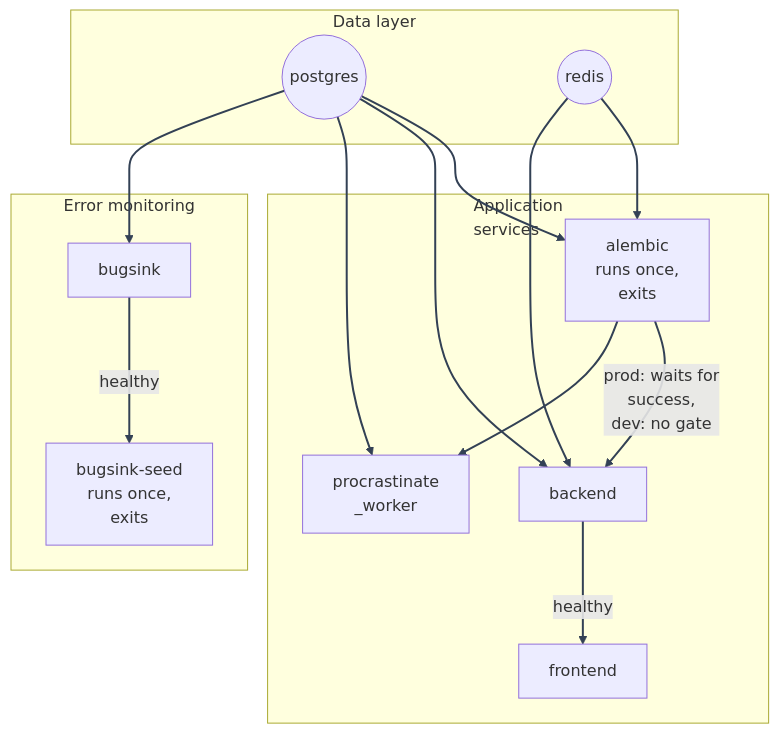
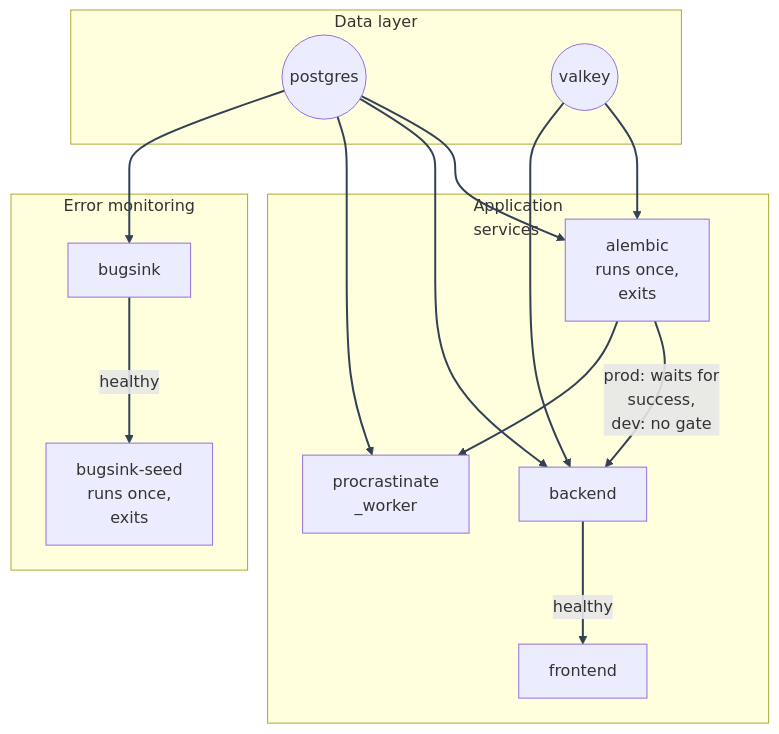
The diagram in docs/mystic_auth/docker/overview.md (Nachiket-2024/mystic-auth), drawn with Mermaid before and after one commit. The commit also changed other lines of this file and 905 other files, not shown here.

First line of the commit message:
Replaced Chakra UI with shadcn/Radix, migrated Redis to Valkey, revamped UI/UX

````diff
--- a/docs/mystic_auth/docker/overview.md
+++ b/docs/mystic_auth/docker/overview.md
@@ -42,29 +42,29 @@
 ```mermaid
 %%{init: {"themeVariables": {"lineColor": "#334155"}} }%%
 flowchart TD
     subgraph Data["Data layer"]
         postgres(("postgres"))
-        redis(("redis"))
+        valkey(("valkey"))
     end
     subgraph App["Application\n services"]
         alembic["alembic\n runs once,\n exits"]
         backend["backend"]
         worker["procrastinate\n _worker"]
         frontend["frontend"]
     end
     subgraph Monitoring["Error monitoring"]
         bugsink["bugsink"]
         bugsinkseed["bugsink-seed\n runs once,\n exits"]
     end
     postgres --> alembic
-    redis --> alembic
+    valkey --> alembic
     alembic -->|"prod: waits for\n success,\n dev: no gate"| backend
     alembic --> worker
     postgres --> backend
-    redis --> backend
+    valkey --> backend
     postgres --> worker
     backend -->|healthy| frontend
     postgres --> bugsink
     bugsink -->|healthy| bugsinkseed
     linkStyle default stroke:#334155,stroke-width:2px
 ```
````
